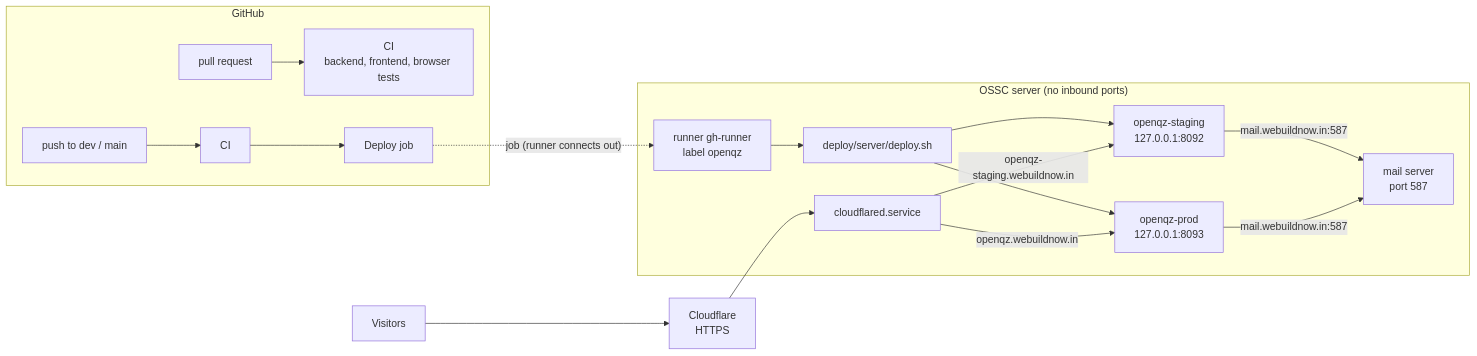
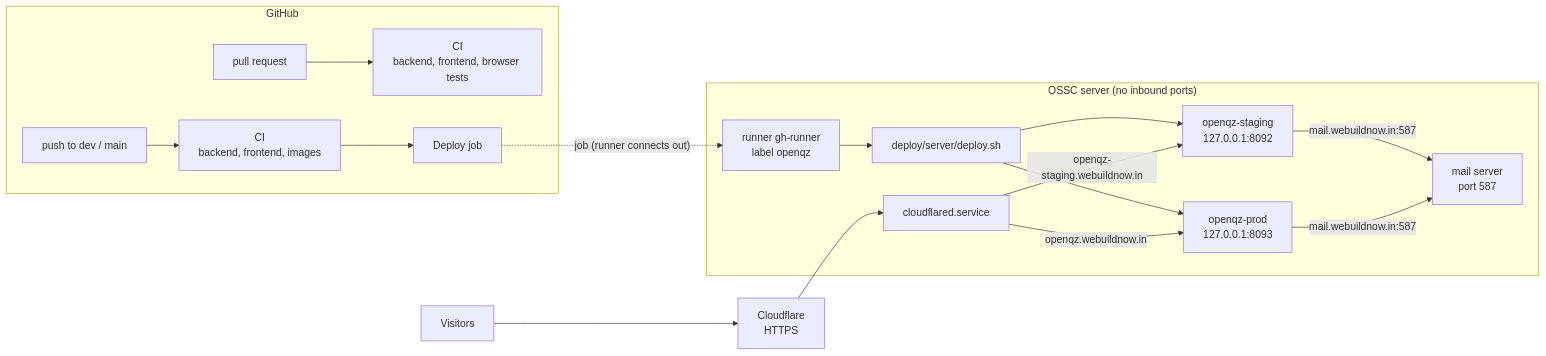
The first of 2 diagrams in docs/deploy-ossc-server.md (OSSC-DBIT/openqz), drawn with Mermaid before and after one commit. The commit also changed other lines of this file and 3 other files, not shown here.

````diff
--- a/docs/deploy-ossc-server.md
+++ b/docs/deploy-ossc-server.md
@@ -5,19 +5,19 @@
 ```mermaid
 flowchart LR
     subgraph GitHub
         PR["pull request"] --> CI["CI<br/>backend, frontend, browser tests"]
-        PUSH["push to dev / main"] --> CI2["CI"] --> D["Deploy job"]
+        PUSH["push to dev / main"] --> CI2["CI<br/>backend, frontend, images"] --> D["Deploy job"]
     end
     subgraph Server["OSSC server (no inbound ports)"]
         R["runner gh-runner<br/>label openqz"] --> S["deploy/server/deploy.sh"]
         S --> ST["openqz-staging<br/>127.0.0.1:8092"]
         S --> PR2["openqz-prod<br/>127.0.0.1:8093"]
         T["cloudflared.service"]
         M["mail server<br/>port 587"]
     end
     D -. "job (runner connects out)" .-> R
     V["Visitors"] --> CF["Cloudflare<br/>HTTPS"] --> T
     T -- "openqz-staging.webuildnow.in" --> ST
     T -- "openqz.webuildnow.in" --> PR2
     ST & PR2 -- "mail.webuildnow.in:587" --> M
 ```
````
